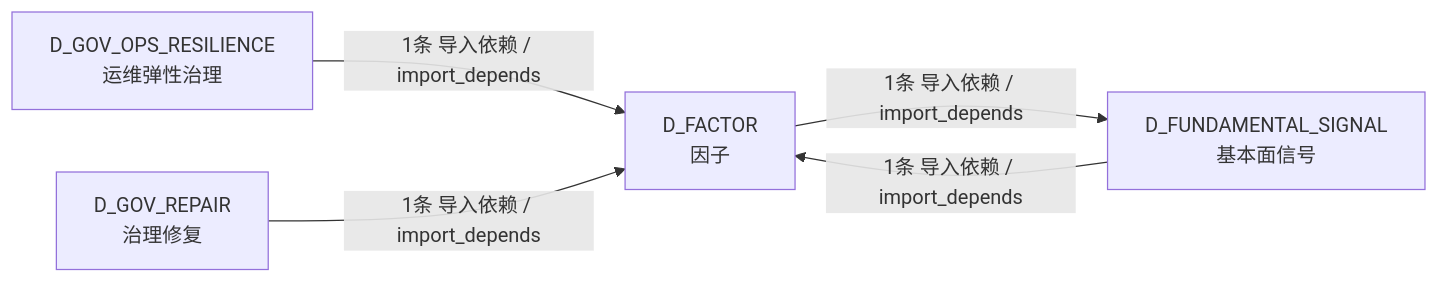
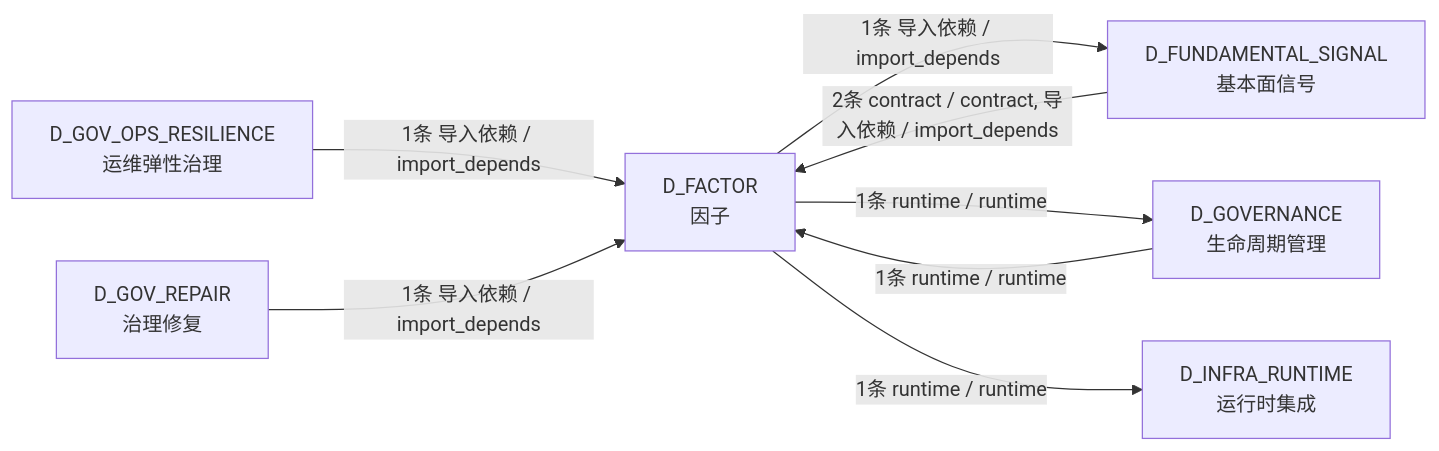
The fourth of 4 diagrams in docs/02_enterprise_architecture/02_domain_architecture_docs/36_d_factor.md (xuanFelixVan/ZephyrAlpha), drawn with Mermaid before and after one commit. The commit also changed other lines of this file and 127 other files, not shown here.

First line of the commit message:
chore(docs): S2-2 refresh architecture docs after depgraph rebuild

````diff
--- a/docs/02_enterprise_architecture/02_domain_architecture_docs/36_d_factor.md
+++ b/docs/02_enterprise_architecture/02_domain_architecture_docs/36_d_factor.md
@@ -190,11 +207,16 @@
 ```mermaid
 graph LR
     D_FACTOR["D_FACTOR<br/>因子"]
     D_FUNDAMENTAL_SIGNAL["D_FUNDAMENTAL_SIGNAL<br/>基本面信号"]
+    D_GOVERNANCE["D_GOVERNANCE<br/>生命周期管理"]
+    D_INFRA_RUNTIME["D_INFRA_RUNTIME<br/>运行时集成"]
     D_GOV_OPS_RESILIENCE["D_GOV_OPS_RESILIENCE<br/>运维弹性治理"]
     D_GOV_REPAIR["D_GOV_REPAIR<br/>治理修复"]
     D_FACTOR -->|1条 导入依赖 / import_depends| D_FUNDAMENTAL_SIGNAL
-    D_FUNDAMENTAL_SIGNAL -->|1条 导入依赖 / import_depends| D_FACTOR
+    D_FACTOR -->|1条 runtime / runtime| D_GOVERNANCE
+    D_FACTOR -->|1条 runtime / runtime| D_INFRA_RUNTIME
+    D_FUNDAMENTAL_SIGNAL -->|2条 contract / contract, 导入依赖 / import_depends| D_FACTOR
+    D_GOVERNANCE -->|1条 runtime / runtime| D_FACTOR
     D_GOV_OPS_RESILIENCE -->|1条 导入依赖 / import_depends| D_FACTOR
     D_GOV_REPAIR -->|1条 导入依赖 / import_depends| D_FACTOR
 ```
````
